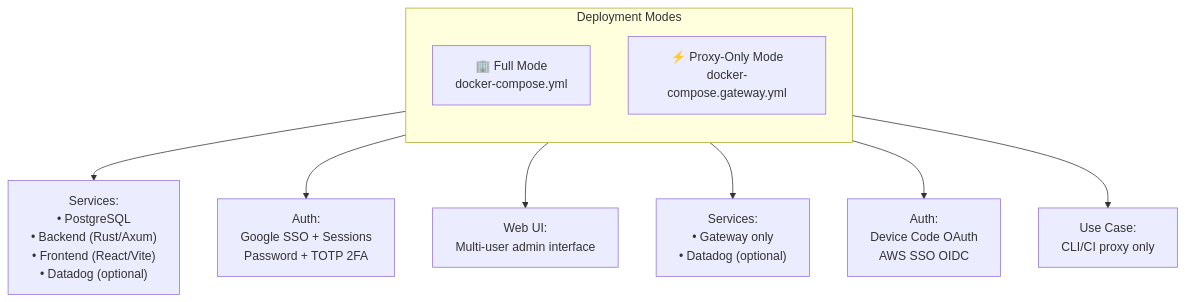
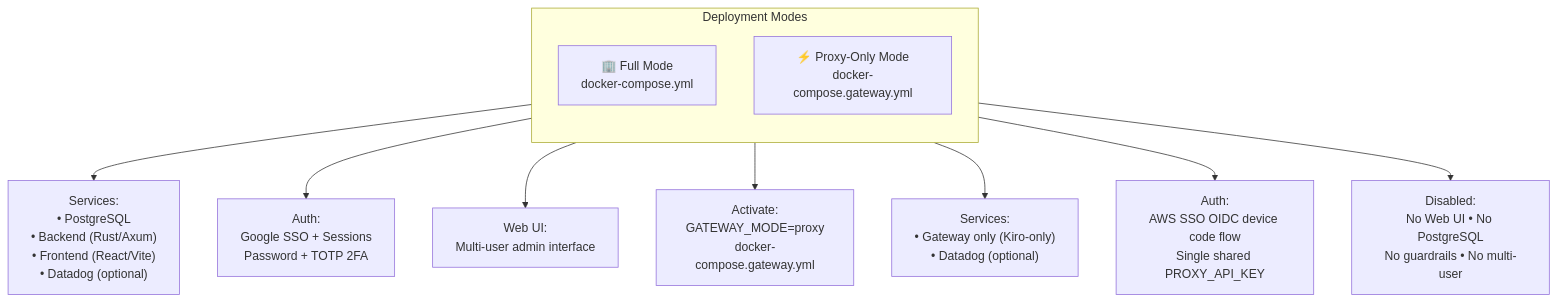
The first of 11 diagrams in ARCHITECTURE.md (if414013/harbangan), drawn with Mermaid before and after one commit. The commit also changed other lines of this file and 10 other files, not shown here.

First line of the commit message:
docs(config): update all documentation for slim proxy-only mode

````diff
--- a/ARCHITECTURE.md
+++ b/ARCHITECTURE.md
@@ -9,16 +9,17 @@
 ```mermaid
 graph TB
     subgraph "Deployment Modes"
         direction TB
         FULL["🏢 Full Mode<br/>docker-compose.yml"]
         PROXY["⚡ Proxy-Only Mode<br/>docker-compose.gateway.yml"]
     end
 
     FULL --> FULL_SERVICES["Services:<br/>• PostgreSQL<br/>• Backend (Rust/Axum)<br/>• Frontend (React/Vite)<br/>• Datadog (optional)"]
     FULL --> FULL_AUTH["Auth:<br/>Google SSO + Sessions<br/>Password + TOTP 2FA"]
     FULL --> FULL_UI["Web UI:<br/>Multi-user admin interface"]
 
-    PROXY --> PROXY_SERVICES["Services:<br/>• Gateway only<br/>• Datadog (optional)"]
-    PROXY --> PROXY_AUTH["Auth:<br/>Device Code OAuth<br/>AWS SSO OIDC"]
-    PROXY --> PROXY_USE["Use Case:<br/>CLI/CI proxy only"]
+    PROXY --> PROXY_ACTIVATE["Activate:<br/>GATEWAY_MODE=proxy<br/>docker-compose.gateway.yml"]
+    PROXY --> PROXY_SERVICES["Services:<br/>• Gateway only (Kiro-only)<br/>• Datadog (optional)"]
+    PROXY --> PROXY_AUTH["Auth:<br/>AWS SSO OIDC device code flow<br/>Single shared PROXY_API_KEY"]
+    PROXY --> PROXY_DISABLED["Disabled:<br/>No Web UI • No PostgreSQL<br/>No guardrails • No multi-user"]
 ```
````
